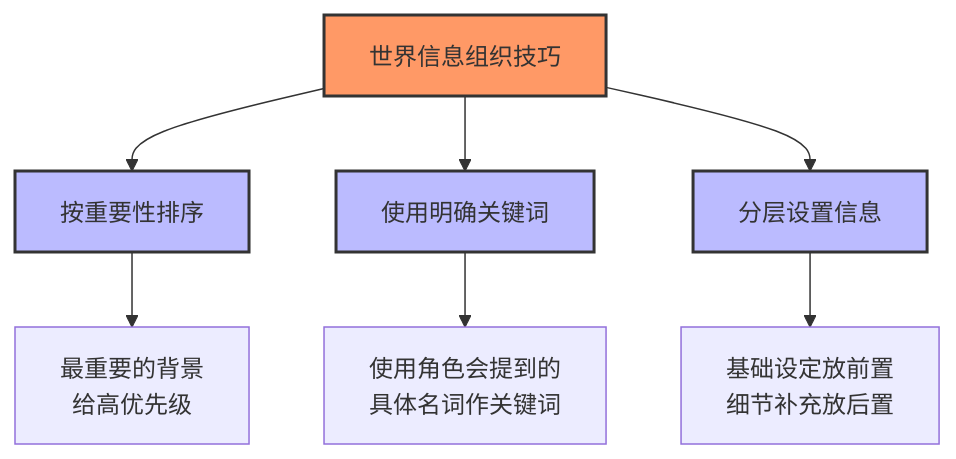
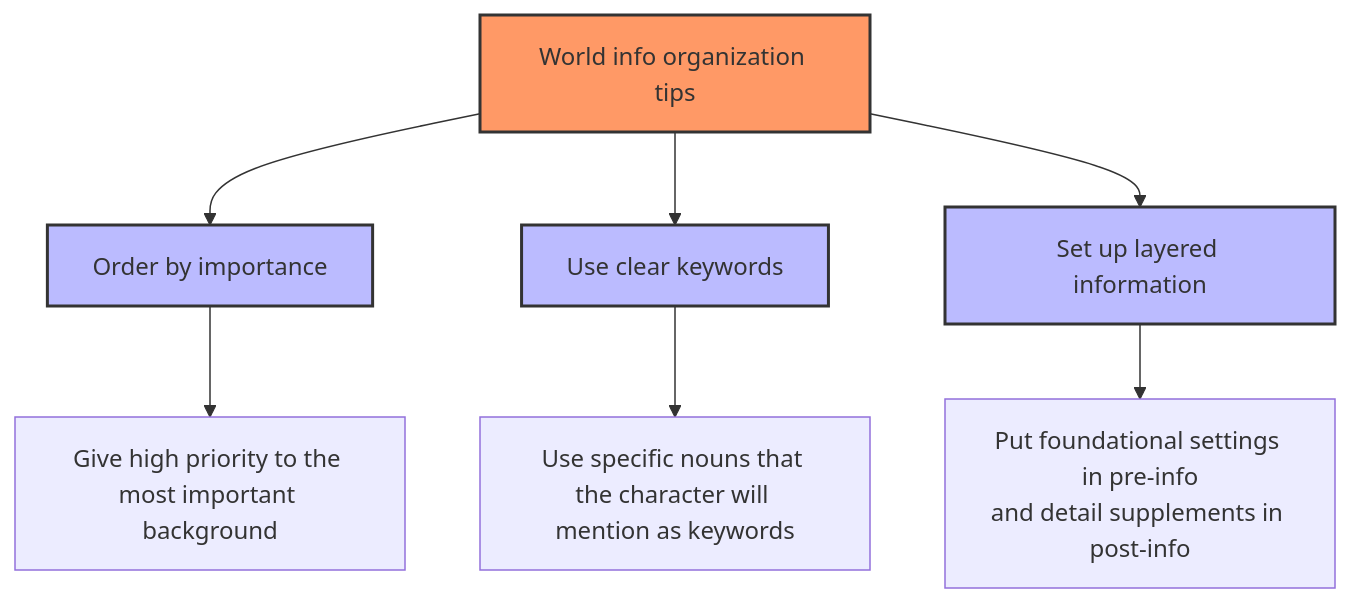
Before and after one commit to thesavant42/intro-to-silly-tavern-prompts: the ninth of 10 diagrams in README.md, drawn with Mermaid. The commit also changed other lines of this file, not shown here.

````diff
--- a/README.md
+++ b/README.md
@@ -312,16 +315,16 @@
 ```mermaid
 flowchart TD
-    A[世界信息组织技巧]
-    A --> B[按重要性排序]
-    A --> C[使用明确关键词]
-    A --> D[分层设置信息]
+    A[World info organization tips]
+    A --> B[Order by importance]
+    A --> C[Use clear keywords]
+    A --> D[Set up layered information]
     
-    B --> B1["最重要的背景<br>给高优先级"]
-    C --> C1["使用角色会提到的<br>具体名词作关键词"]
-    D --> D1["基础设定放前置<br>细节补充放后置"]
+    B --> B1["Give high priority to the most important background"]
+    C --> C1["Use specific nouns that the character will mention as keywords"]
+    D --> D1["Put foundational settings in pre-info<br>and detail supplements in post-info"]
     
     style A fill:#f96,stroke:#333,stroke-width:2px
     style B fill:#bbf,stroke:#333,stroke-width:2px
     style C fill:#bbf,stroke:#333,stroke-width:2px
     style D fill:#bbf,stroke:#333,stroke-width:2px
 ```
````
